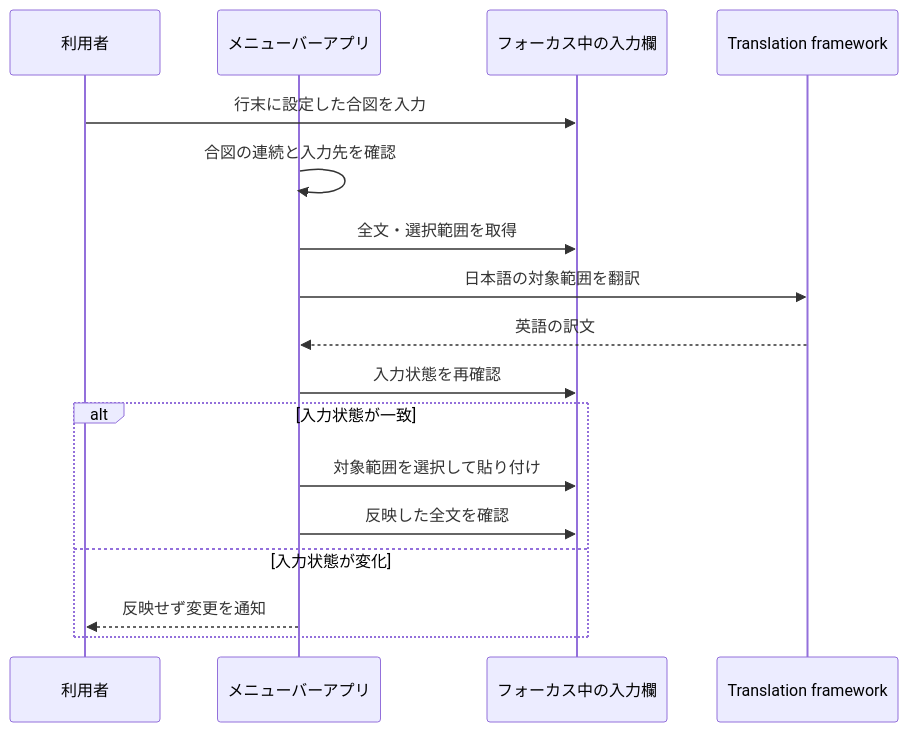
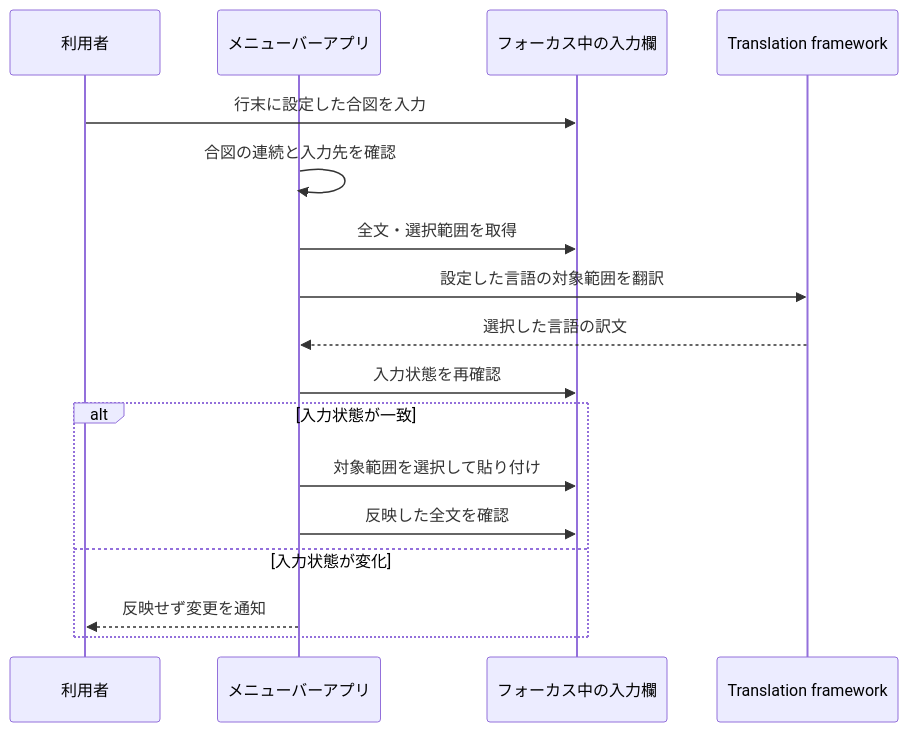
The diagram in docs/products/quick-translate-input/features/translate-input/design.md (azu/quick-input-translator), drawn with Mermaid before and after one commit. The commit also changed other lines of this file and 29 other files, not shown here.

````diff
--- a/docs/products/quick-translate-input/features/translate-input/design.md
+++ b/docs/products/quick-translate-input/features/translate-input/design.md
@@ -69,19 +83,19 @@
 ```mermaid
 sequenceDiagram
     participant User as 利用者
     participant App as メニューバーアプリ
     participant Input as フォーカス中の入力欄
     participant Translation as Translation framework
     User->>Input: 行末に設定した合図を入力
     App->>App: 合図の連続と入力先を確認
     App->>Input: 全文・選択範囲を取得
-    App->>Translation: 日本語の対象範囲を翻訳
-    Translation-->>App: 英語の訳文
+    App->>Translation: 設定した言語の対象範囲を翻訳
+    Translation-->>App: 選択した言語の訳文
     App->>Input: 入力状態を再確認
     alt 入力状態が一致
         App->>Input: 対象範囲を選択して貼り付け
         App->>Input: 反映した全文を確認
     else 入力状態が変化
         App-->>User: 反映せず変更を通知
     end
 ```
````
